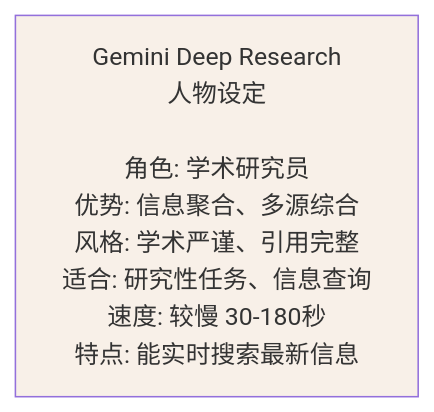
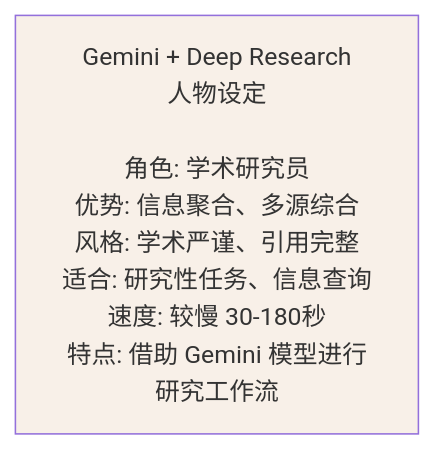
The eighth of 9 diagrams in 07_reasoning_models/7.4_major_reasoning_models.md (changsongyang/ai_beginner_guide), drawn with Mermaid before and after one commit. The commit also changed other lines of this file and 8 other files, not shown here.

````diff
--- a/07_reasoning_models/7.4_major_reasoning_models.md
+++ b/07_reasoning_models/7.4_major_reasoning_models.md
@@ -283,5 +228,5 @@
 ```mermaid
 graph LR
-    A["Gemini Deep Research<br/>人物设定<br/><br/>角色: 学术研究员<br/>优势: 信息聚合、多源综合<br/>风格: 学术严谨、引用完整<br/>适合: 研究性任务、信息查询<br/>速度: 较慢 30-180秒<br/>特点: 能实时搜索最新信息"]
+    A["Gemini + Deep Research<br/>人物设定<br/><br/>角色: 学术研究员<br/>优势: 信息聚合、多源综合<br/>风格: 学术严谨、引用完整<br/>适合: 研究性任务、信息查询<br/>速度: 较慢 30-180秒<br/>特点: 借助 Gemini 模型进行研究工作流"]
     style A fill:#F8F0E8
 ```
````
